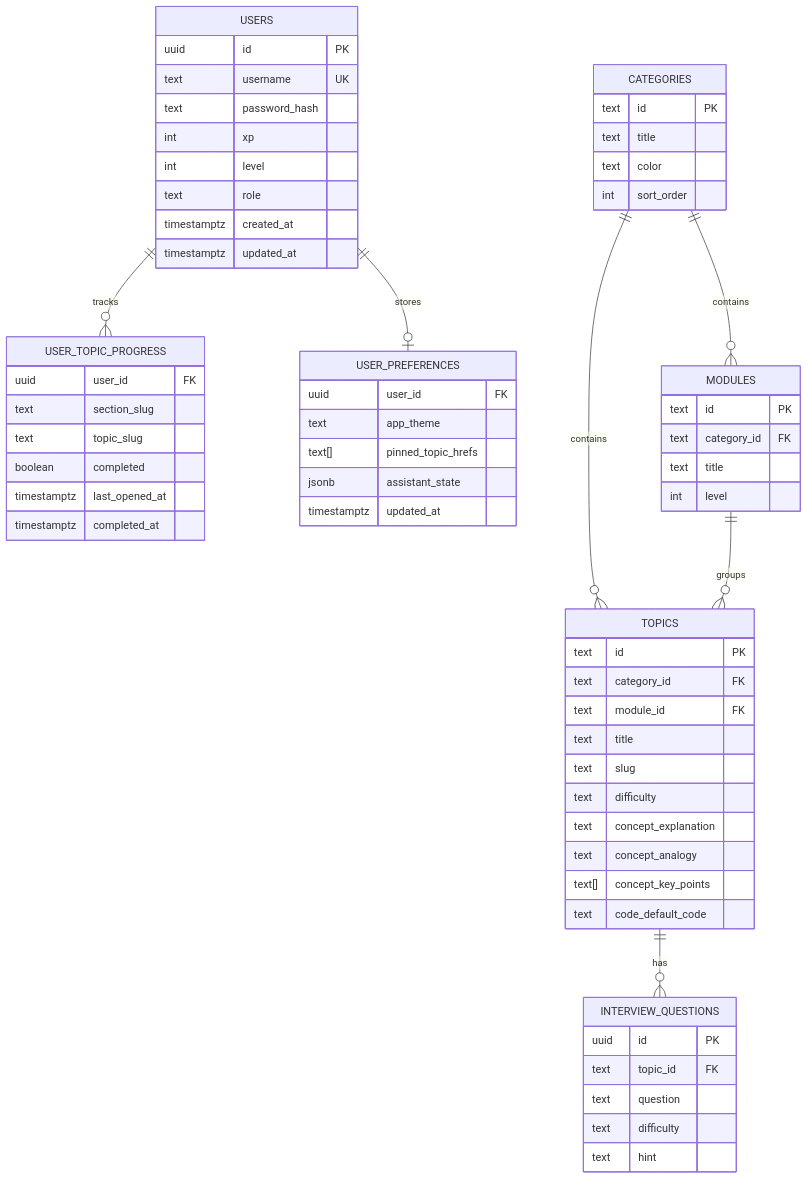
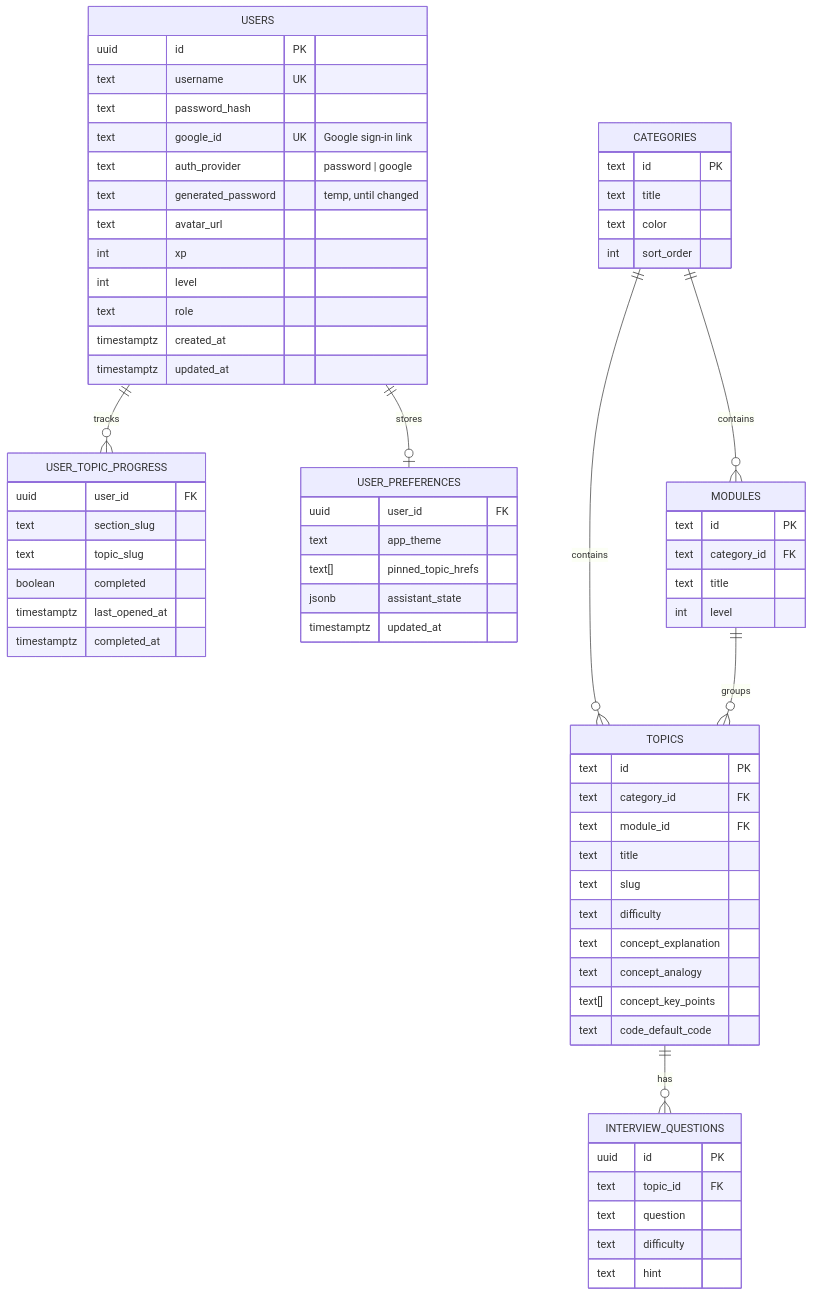
Before and after one commit to sangisapusaiteja/InterviewHandbook: the fourth of 4 diagrams in README.md, drawn with Mermaid. The commit also changed other lines of this file and 12 other files, not shown here.

First line of the commit message:
Add Continue with Google and security-panel generated password flow

````diff
--- a/README.md
+++ b/README.md
@@ -163,72 +163,76 @@
 ```mermaid
 erDiagram
     USERS {
         uuid id PK
         text username UK
         text password_hash
+        text google_id UK "Google sign-in link"
+        text auth_provider "password | google"
+        text generated_password "temp, until changed"
+        text avatar_url
         int xp
         int level
         text role
         timestamptz created_at
         timestamptz updated_at
     }
 
     USER_TOPIC_PROGRESS {
         uuid user_id FK
         text section_slug
         text topic_slug
         boolean completed
         timestamptz last_opened_at
         timestamptz completed_at
     }
 
     USER_PREFERENCES {
         uuid user_id FK
         text app_theme
         text[] pinned_topic_hrefs
         jsonb assistant_state
         timestamptz updated_at
     }
 
     CATEGORIES {
         text id PK
         text title
         text color
         int sort_order
     }
 
     MODULES {
         text id PK
         text category_id FK
         text title
         int level
     }
 
     TOPICS {
         text id PK
         text category_id FK
         text module_id FK
         text title
         text slug
         text difficulty
         text concept_explanation
         text concept_analogy
         text[] concept_key_points
         text code_default_code
     }
 
     INTERVIEW_QUESTIONS {
         uuid id PK
         text topic_id FK
         text question
         text difficulty
         text hint
     }
 
     USERS ||--o{ USER_TOPIC_PROGRESS : "tracks"
     USERS ||--o| USER_PREFERENCES : "stores"
     CATEGORIES ||--o{ MODULES : "contains"
     CATEGORIES ||--o{ TOPICS : "contains"
     MODULES ||--o{ TOPICS : "groups"
     TOPICS ||--o{ INTERVIEW_QUESTIONS : "has"
 ```
````
